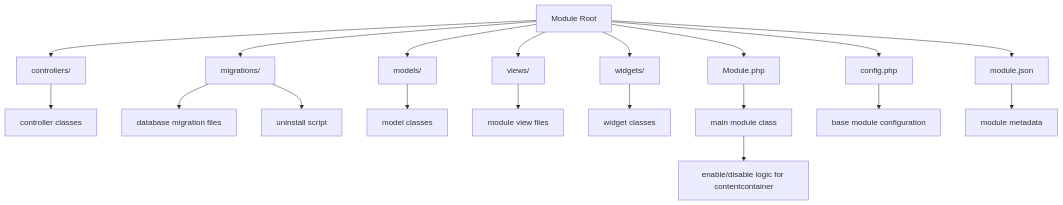
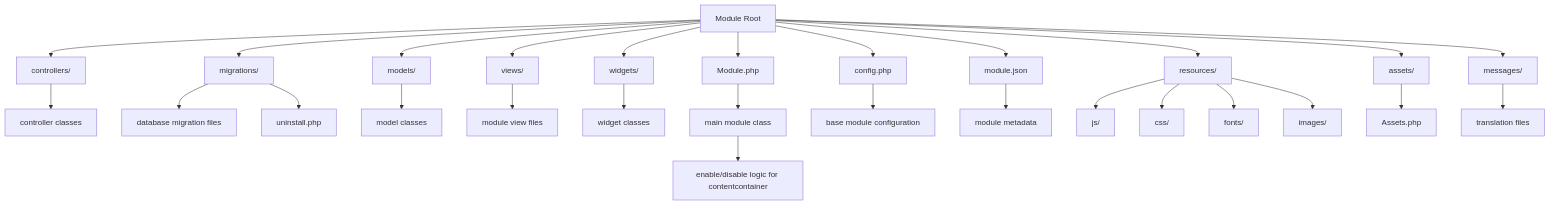
One commit to ArchBlood/documentation changed the first of 2 diagrams in docs/develop/modules-structure.md. Above: the diagram before and after it, drawn with Mermaid. The commit also changed other lines of this file, not shown here.

````diff
--- a/docs/develop/modules-structure.md
+++ b/docs/develop/modules-structure.md
@@ -8,22 +8,32 @@
 ```mermaid
 graph TD
     A[Module Root] --> B[controllers/]
     A --> C[migrations/]
     A --> D[models/]
     A --> E[views/]
     A --> F[widgets/]
     A --> G[Module.php]
     A --> H[config.php]
     A --> I[module.json]
+    A --> J[resources/]
+    A --> K[assets/]
+    A --> L[messages/]
+    
     B[controllers/] --> B1[controller classes]
     C[migrations/] --> C1[database migration files]
-    C --> C2[uninstall script]
+    C --> C2[uninstall.php]
     D[models/] --> D1[model classes]
     E[views/] --> E1[module view files]
     F[widgets/] --> F1[widget classes]
     G[Module.php] --> G1[main module class]
     G1 --> G2[enable/disable logic for contentcontainer]
     H[config.php] --> H1[base module configuration]
     I[module.json] --> I1[module metadata]
+    J[resources/] --> J1[js/]
+    J --> J2[css/]
+    J --> J3[fonts/]
+    J --> J4[images/]
+    K[assets/] --> K1[Assets.php]
+    L[messages/] --> L1[translation files]
 
 ```
````
